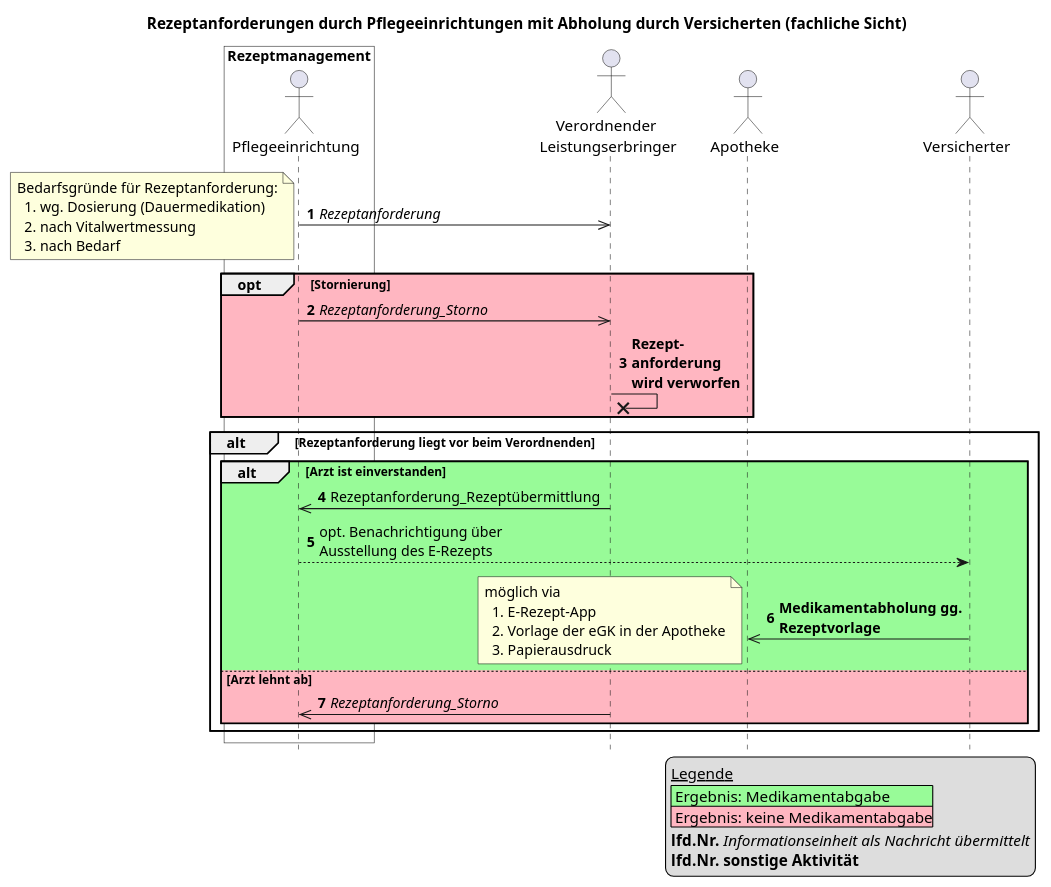
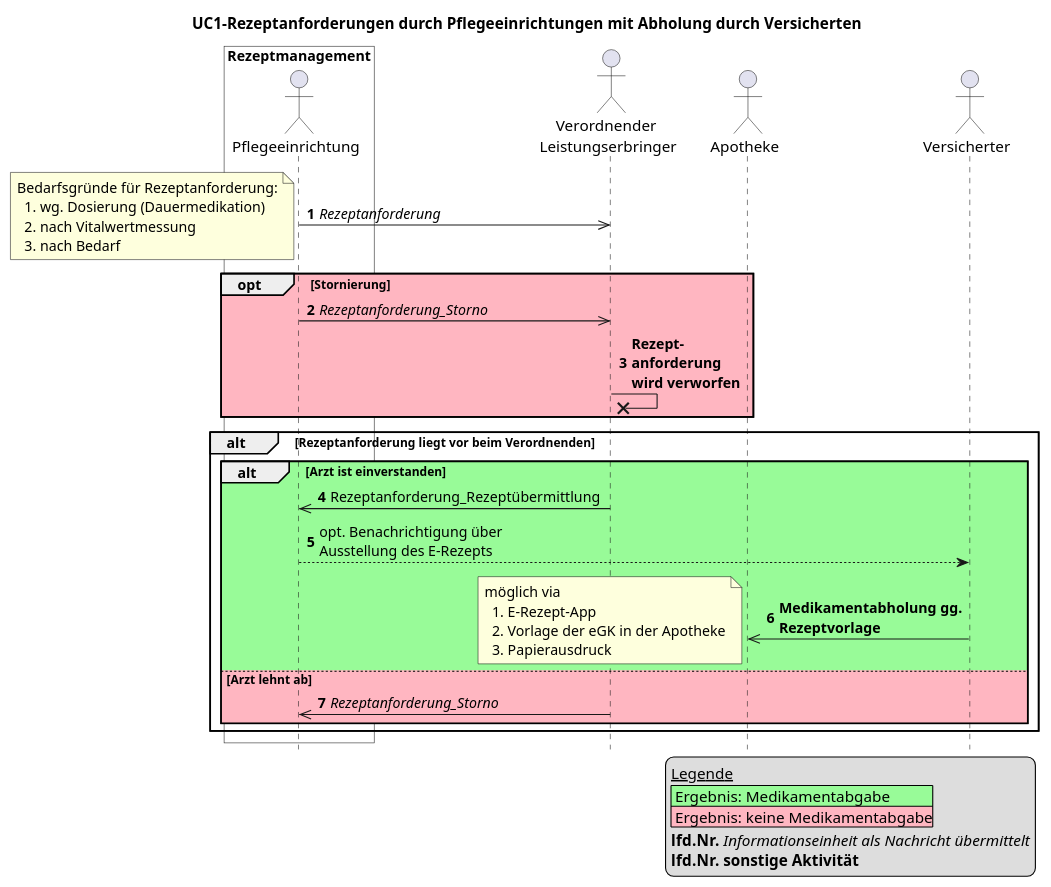
Before and after one commit to gematik/spec-E-Rezept-ServiceRequest: the diagram in Resources/puml/gemF_eRp_KIM/UC1-rezeptanforderung-pflege-versicherteninvolvierung.puml, drawn with PlantUML. The commit also changed 5 other files, not shown here.

```diff
--- a/Resources/puml/gemF_eRp_KIM/UC1-rezeptanforderung-pflege-versicherteninvolvierung.puml
+++ b/Resources/puml/gemF_eRp_KIM/UC1-rezeptanforderung-pflege-versicherteninvolvierung.puml
@@ -1,55 +1,55 @@
-@startuml name = "Rezeptanforderung-Versicherteninvolvierung"
+@startuml name = "UC1-Rezeptanforderung-Versicherteninvolvierung"
 
 
 skinparam maxMessageSize 200
 
 box "Rezeptmanagement" #White
     actor "Pflegeeinrichtung" as Pflegeeinrichtung
 end box
 actor "Verordnender \nLeistungserbringer" as Arztpraxis
 actor Apotheke
 actor Versicherter
 
-title Rezeptanforderungen durch Pflegeeinrichtungen mit Abholung durch Versicherten (fachliche Sicht)
+title UC1-Rezeptanforderungen durch Pflegeeinrichtungen mit Abholung durch Versicherten
 hide footbox
 autonumber
 
 legend bottom right
     __Legende__
     |<#PaleGreen> Ergebnis: Medikamentabgabe|
     |<#LightPink> Ergebnis: keine Medikamentabgabe|
     **lfd.Nr.** //Informationseinheit als Nachricht übermittelt//
     **lfd.Nr.** **sonstige Aktivität**
 endlegend
 
 Pflegeeinrichtung ->> Arztpraxis: //Rezeptanforderung//
 note left
     Bedarfsgründe für Rezeptanforderung:
       1. wg. Dosierung (Dauermedikation)
       2. nach Vitalwertmessung
       3. nach Bedarf
 end note
 
 opt #LightPink Stornierung
     Pflegeeinrichtung ->> Arztpraxis: //Rezeptanforderung_Storno//
     Arztpraxis ->x Arztpraxis: **Rezept-**\n**anforderung** \n**wird verworfen**
 end
 
 
 alt Rezeptanforderung liegt vor beim Verordnenden
     alt #PaleGreen Arzt ist einverstanden 
         Arztpraxis ->> Pflegeeinrichtung: Rezeptanforderung_Rezeptübermittlung
         Pflegeeinrichtung --> Versicherter: opt. Benachrichtigung über Ausstellung des E-Rezepts
         Versicherter ->> Apotheke: **Medikamentabholung gg. Rezeptvorlage**
         note left
             möglich via
               1. E-Rezept-App
               2. Vorlage der eGK in der Apotheke
               3. Papierausdruck
         end note
     else #LightPink Arzt lehnt ab
         Arztpraxis ->> Pflegeeinrichtung: //Rezeptanforderung_Storno//
     end
 end
 
 @enduml
```
